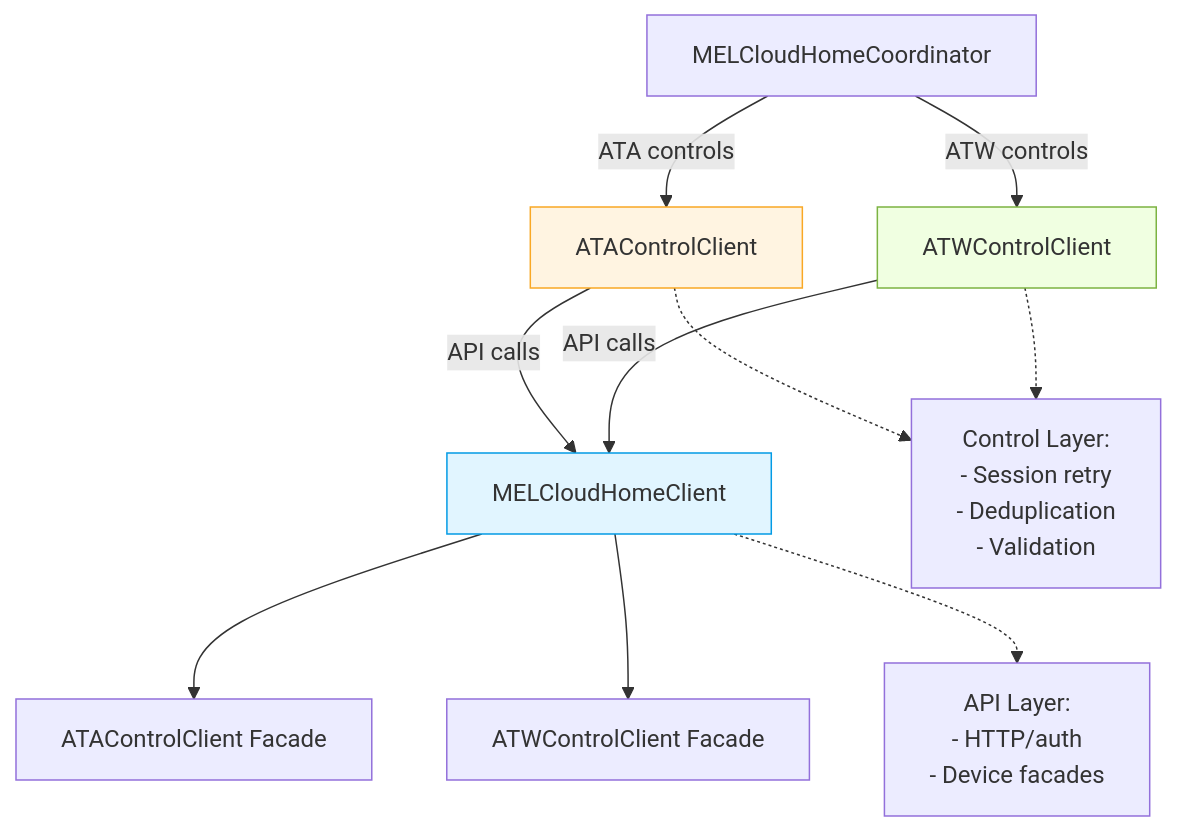
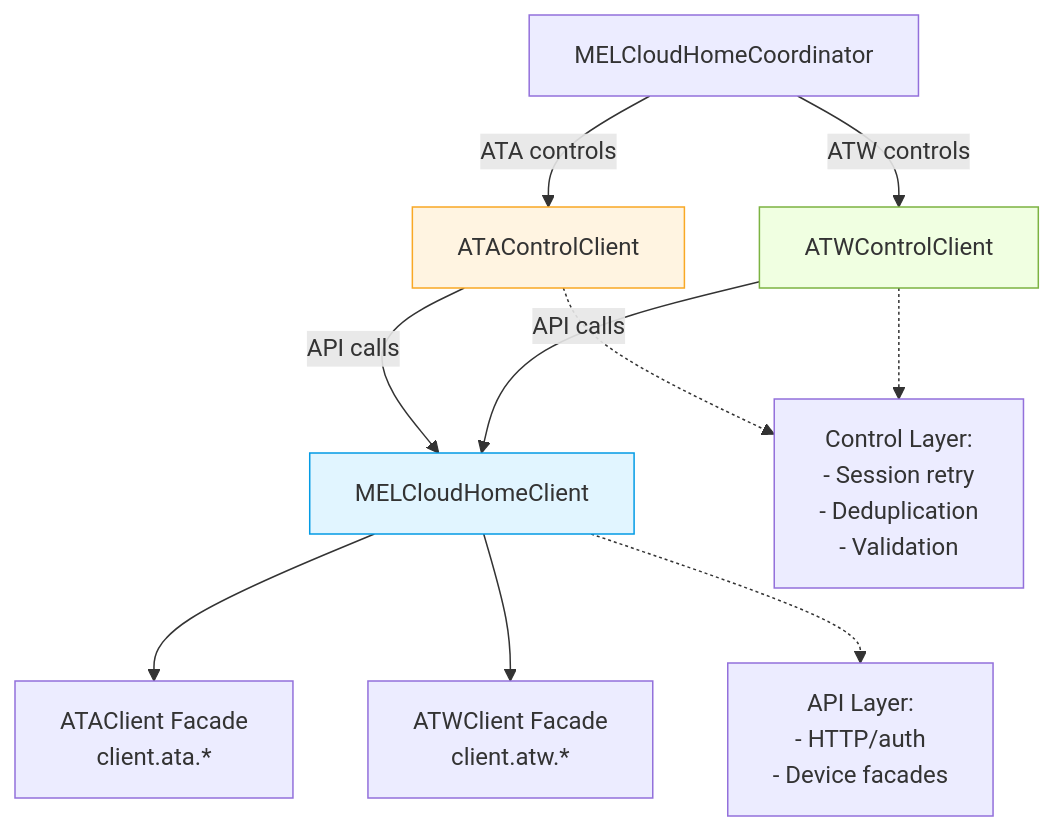
One commit to andrew-blake/melcloudhome changed the third of 5 diagrams in docs/architecture.md. Above: the diagram before and after it, drawn with Mermaid. The commit also changed other lines of this file and 1 other file, not shown here.

````diff
--- a/docs/architecture.md
+++ b/docs/architecture.md
@@ -190,27 +193,27 @@
 ```mermaid
 graph TD
     Coordinator[MELCloudHomeCoordinator]
     ControlATA[ATAControlClient]
     ControlATW[ATWControlClient]
     APIClient[MELCloudHomeClient]
-    ATAAPI[ATAControlClient Facade]
-    ATWAPI[ATWControlClient Facade]
+    ATAAPI[ATAClient Facade<br/>client.ata.*]
+    ATWAPI[ATWClient Facade<br/>client.atw.*]
 
     Coordinator -->|ATA controls| ControlATA
     Coordinator -->|ATW controls| ControlATW
     ControlATA -->|API calls| APIClient
     ControlATW -->|API calls| APIClient
     APIClient --> ATAAPI
     APIClient --> ATWAPI
 
     style ControlATA fill:#fff4e1,stroke:#f9a825
     style ControlATW fill:#f0ffe1,stroke:#7cb342
     style APIClient fill:#e1f5ff,stroke:#039be5
 
     note1[Control Layer:<br/>- Session retry<br/>- Deduplication<br/>- Validation]
     note2[API Layer:<br/>- HTTP/auth<br/>- Device facades]
 
     ControlATA -.-> note1
     ControlATW -.-> note1
     APIClient -.-> note2
 ```
````
